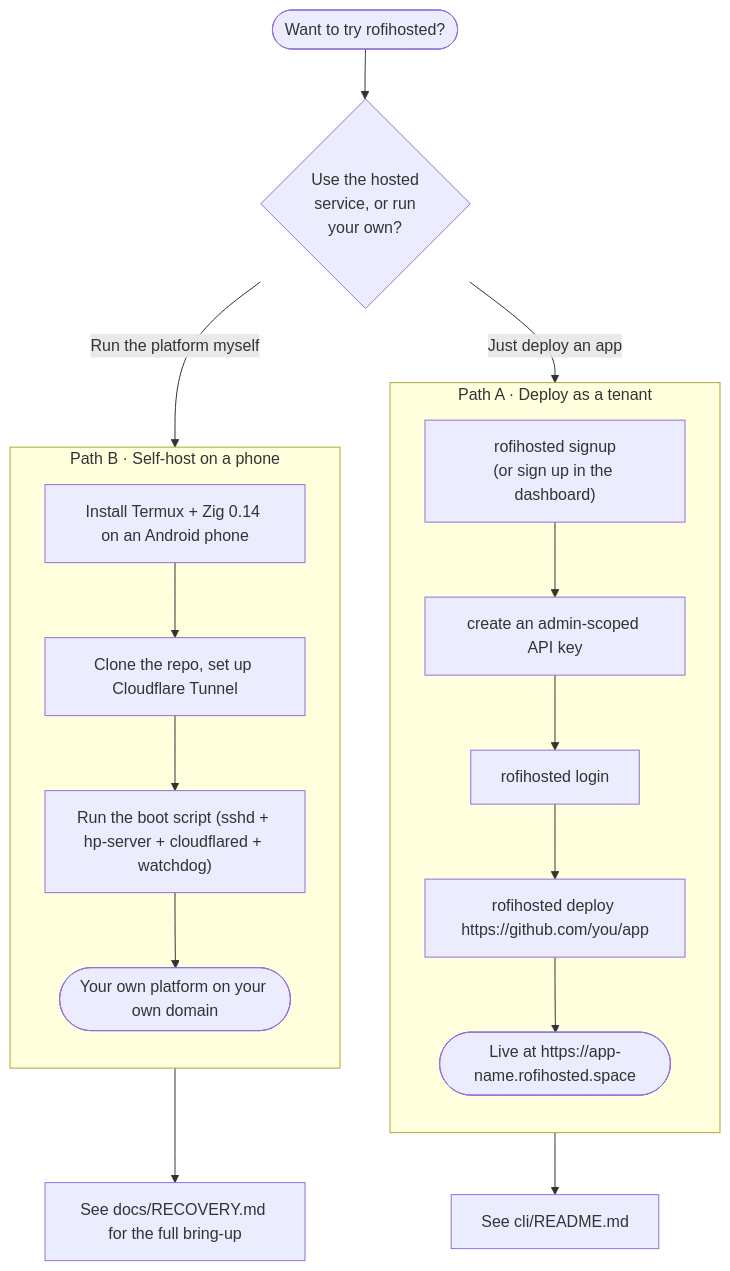
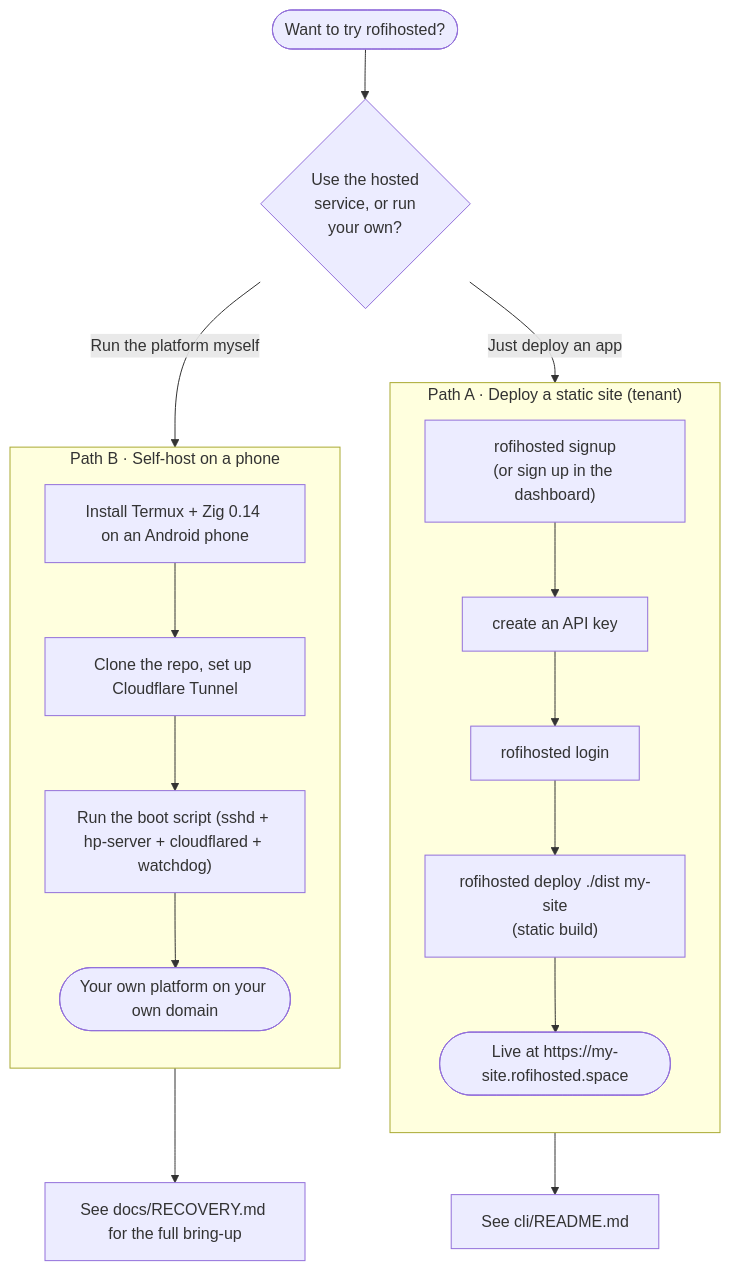
Before and after one commit to rofiperlungoding/rofihosted: the second of 2 diagrams in README.md, drawn with Mermaid. The commit also changed other lines of this file and 3 other files, not shown here.

First line of the commit message:
security: restrict backend deploy to operator (fix tenant isolation gap) (#2)

````diff
--- a/README.md
+++ b/README.md
@@ -196,24 +196,24 @@
 ```mermaid
 flowchart TD
     START(["Want to try rofihosted?"]) --> Q{"Use the hosted<br/>service, or run<br/>your own?"}
     Q -->|"Just deploy an app"| T1
     Q -->|"Run the platform myself"| S1
 
-    subgraph TENANT["Path A · Deploy as a tenant"]
+    subgraph TENANT["Path A · Deploy a static site (tenant)"]
         direction TB
-        T1["rofihosted signup<br/>(or sign up in the dashboard)"] --> T2["create an admin-scoped API key"]
+        T1["rofihosted signup<br/>(or sign up in the dashboard)"] --> T2["create an API key"]
         T2 --> T3["rofihosted login"]
-        T3 --> T4["rofihosted deploy https://github.com/you/app"]
-        T4 --> T5(["Live at https://app-name.rofihosted.space"])
+        T3 --> T4["rofihosted deploy ./dist my-site<br/>(static build)"]
+        T4 --> T5(["Live at https://my-site.rofihosted.space"])
     end
 
     subgraph SELFHOST["Path B · Self-host on a phone"]
         direction TB
         S1["Install Termux + Zig 0.14 on an Android phone"] --> S2["Clone the repo, set up Cloudflare Tunnel"]
         S2 --> S3["Run the boot script (sshd + hp-server + cloudflared + watchdog)"]
         S3 --> S4(["Your own platform on your own domain"])
     end
 
     T5 --> DOCS["See cli/README.md"]
     S4 --> DOCS2["See docs/RECOVERY.md for the full bring-up"]
 ```
````
